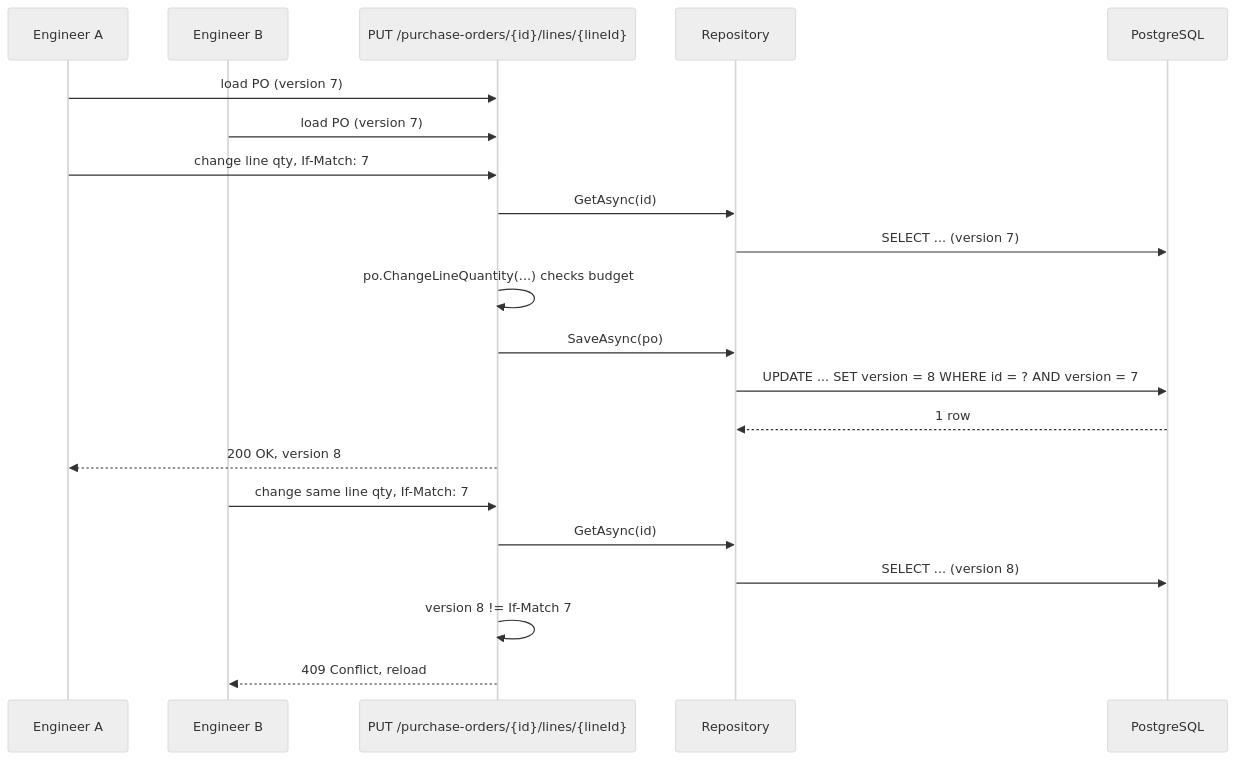
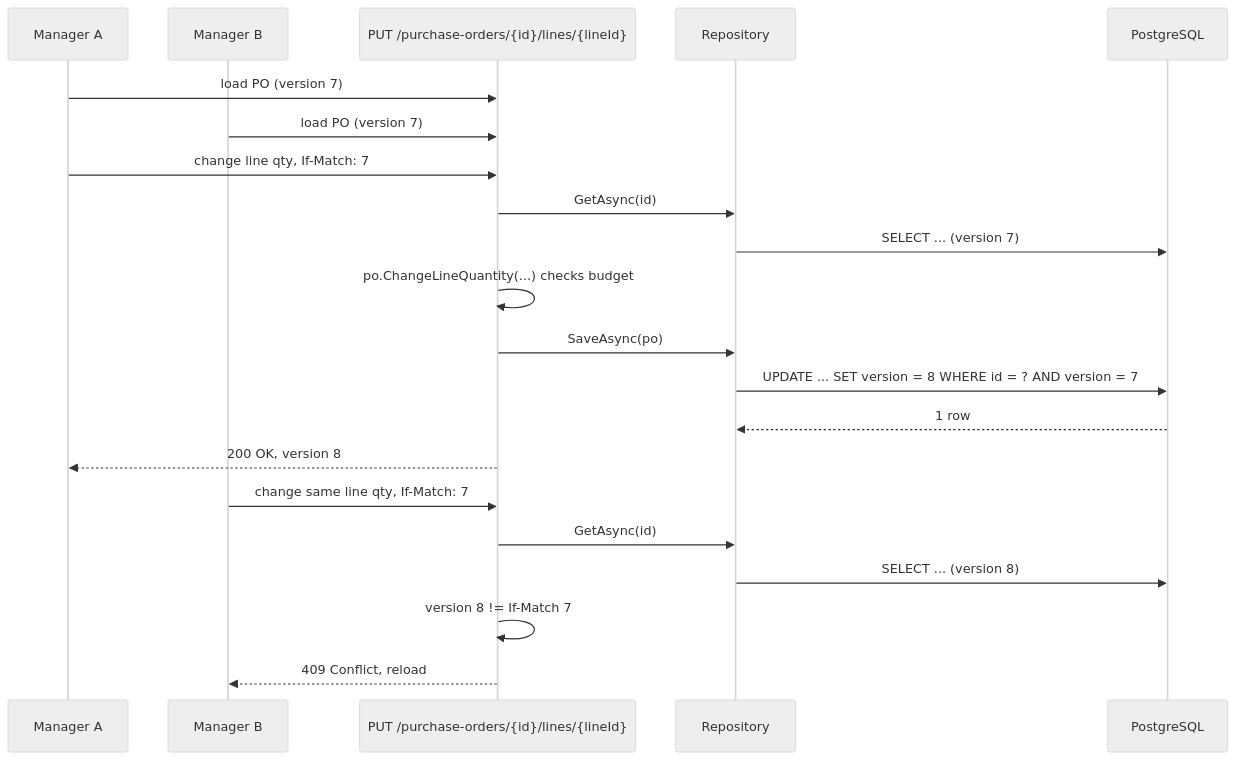
The third of 3 diagrams in content/lessons/m08/m08-aggregates.md (rizwi0786/system-design-lab), drawn with Mermaid (neutral theme) before and after one commit. The commit also changed other lines of this file and 334 other files, not shown here.

````diff
--- a/content/lessons/m08/m08-aggregates.md
+++ b/content/lessons/m08/m08-aggregates.md
@@ -205,23 +205,23 @@
 ```mermaid
 sequenceDiagram
-    participant A as Engineer A
-    participant B as Engineer B
+    participant A as Manager A
+    participant B as Manager B
     participant API as PUT /purchase-orders/{id}/lines/{lineId}
     participant R as Repository
     participant DB as PostgreSQL
     A->>API: load PO (version 7)
     B->>API: load PO (version 7)
     A->>API: change line qty, If-Match: 7
     API->>R: GetAsync(id)
     R->>DB: SELECT ... (version 7)
     API->>API: po.ChangeLineQuantity(...) checks budget
     API->>R: SaveAsync(po)
     R->>DB: UPDATE ... SET version = 8 WHERE id = ? AND version = 7
     DB-->>R: 1 row
     API-->>A: 200 OK, version 8
     B->>API: change same line qty, If-Match: 7
     API->>R: GetAsync(id)
     R->>DB: SELECT ... (version 8)
     API->>API: version 8 != If-Match 7
     API-->>B: 409 Conflict, reload
 ```
````
